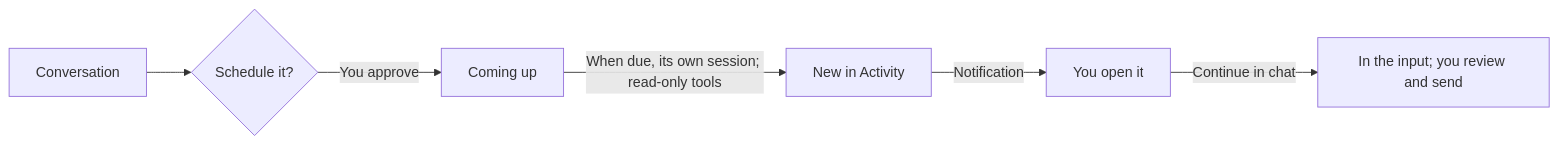
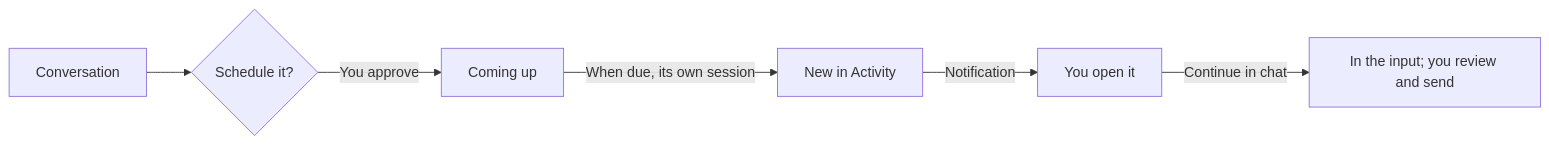
One commit to JNS0724/Viva changed the diagram in README.md. Above: the diagram before and after it, drawn with Mermaid. The commit also changed other lines of this file and 110 other files, not shown here.

````diff
--- a/README.md
+++ b/README.md
@@ -77,8 +77,8 @@
 ```mermaid
 flowchart LR
   A["Conversation"] --> P{"Schedule it?"}
   P -->|You approve| S["Coming up"]
-  S -->|When due, its own session; read-only tools| R["New in Activity"]
+  S -->|When due, its own session| R["New in Activity"]
   R -->|Notification| N["You open it"]
   N -->|Continue in chat| C["In the input; you review and send"]
 ```
````
